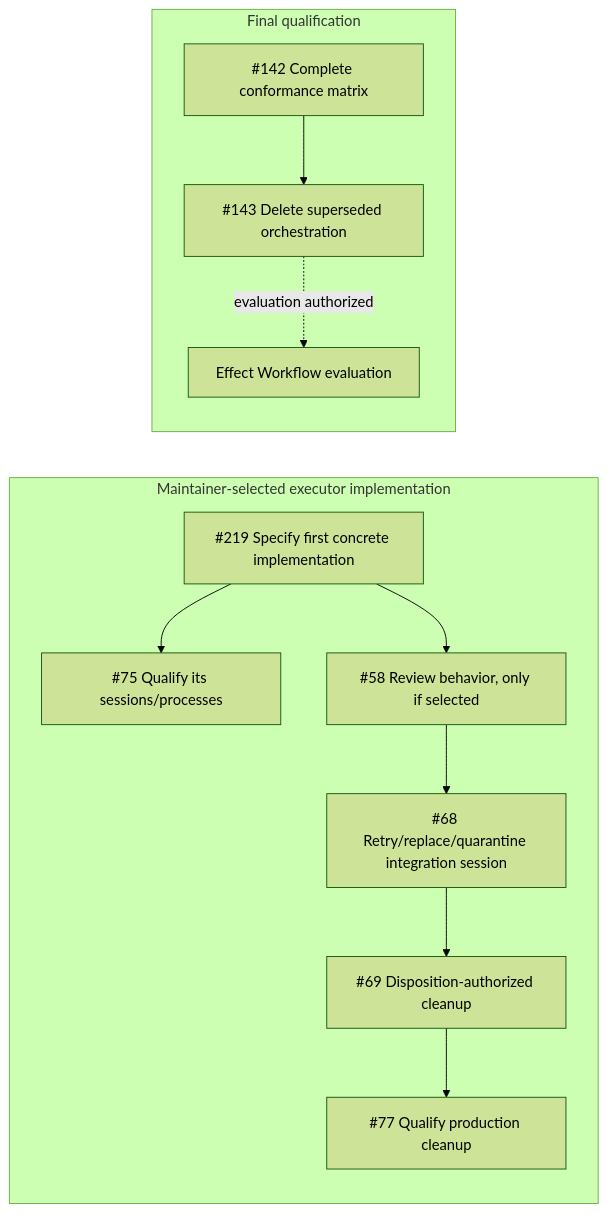
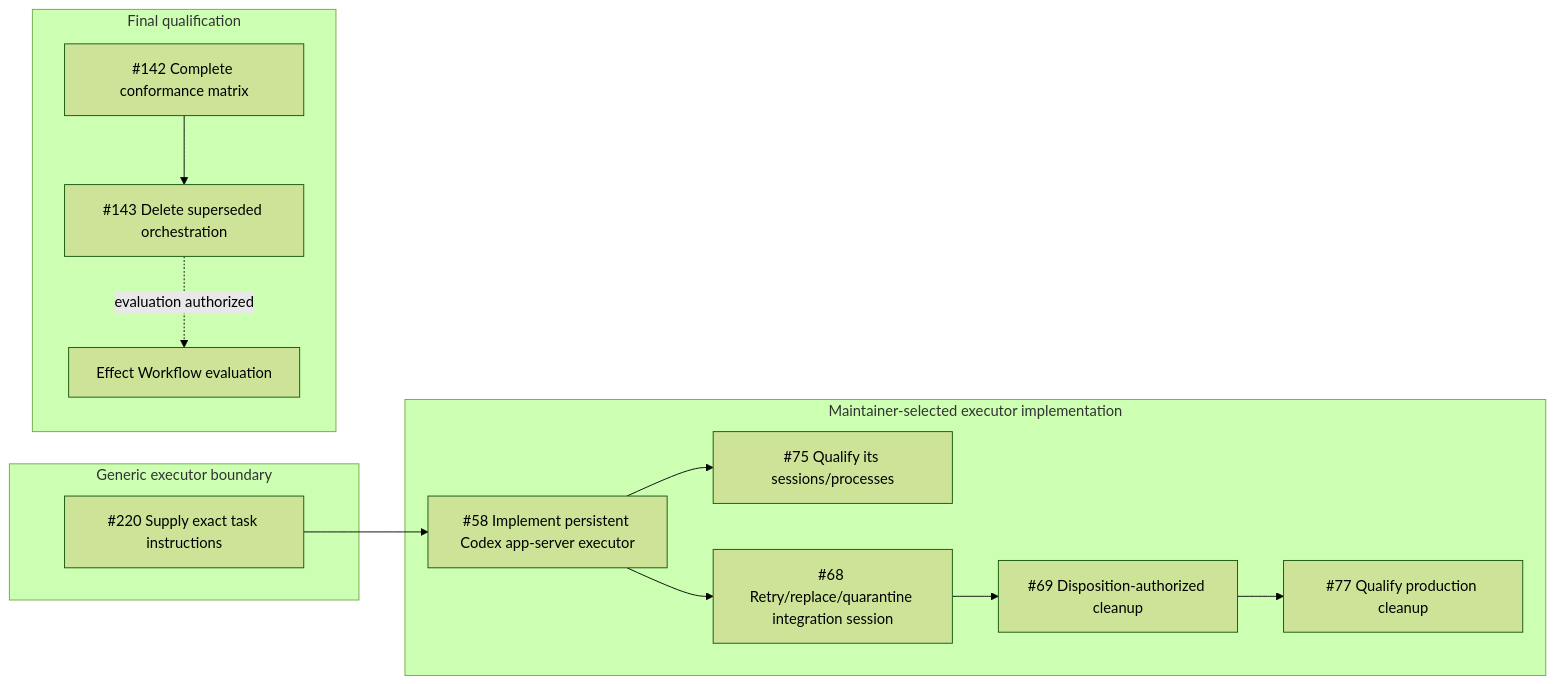
Before and after one commit to dearlordylord/dalph: the diagram in research/effect-workflow-prerequisite-subgraph.md, drawn with Mermaid (forest theme). The commit also changed other lines of this file and 3 other files, not shown here.

Commit message:
docs: specify persistent Codex executor (#219)

````diff
--- a/research/effect-workflow-prerequisite-subgraph.md
+++ b/research/effect-workflow-prerequisite-subgraph.md
@@ -1,26 +1,29 @@
 ```mermaid
 flowchart LR
+  subgraph generic["Generic executor boundary"]
+    i220["#220 Supply exact task instructions"]
+  end
+
   subgraph concrete["Maintainer-selected executor implementation"]
-    i219["#219 Specify first concrete implementation"]
+    i58["#58 Implement persistent Codex app-server executor"]
     i75["#75 Qualify its sessions/processes"]
-    i58["#58 Review behavior, only if selected"]
     i68["#68 Retry/replace/quarantine integration session"]
     i69["#69 Disposition-authorized cleanup"]
     i77["#77 Qualify production cleanup"]
   end
 
   subgraph final["Final qualification"]
     i142["#142 Complete conformance matrix"]
     i143["#143 Delete superseded orchestration"]
     effectWorkflow["Effect Workflow evaluation"]
   end
 
   i142 --> i143
   i143 -. evaluation authorized .-> effectWorkflow
 
-  i219 --> i75
-  i219 --> i58
+  i220 --> i58
+  i58 --> i75
   i58 --> i68
   i68 --> i69
   i69 --> i77
 ```
````
